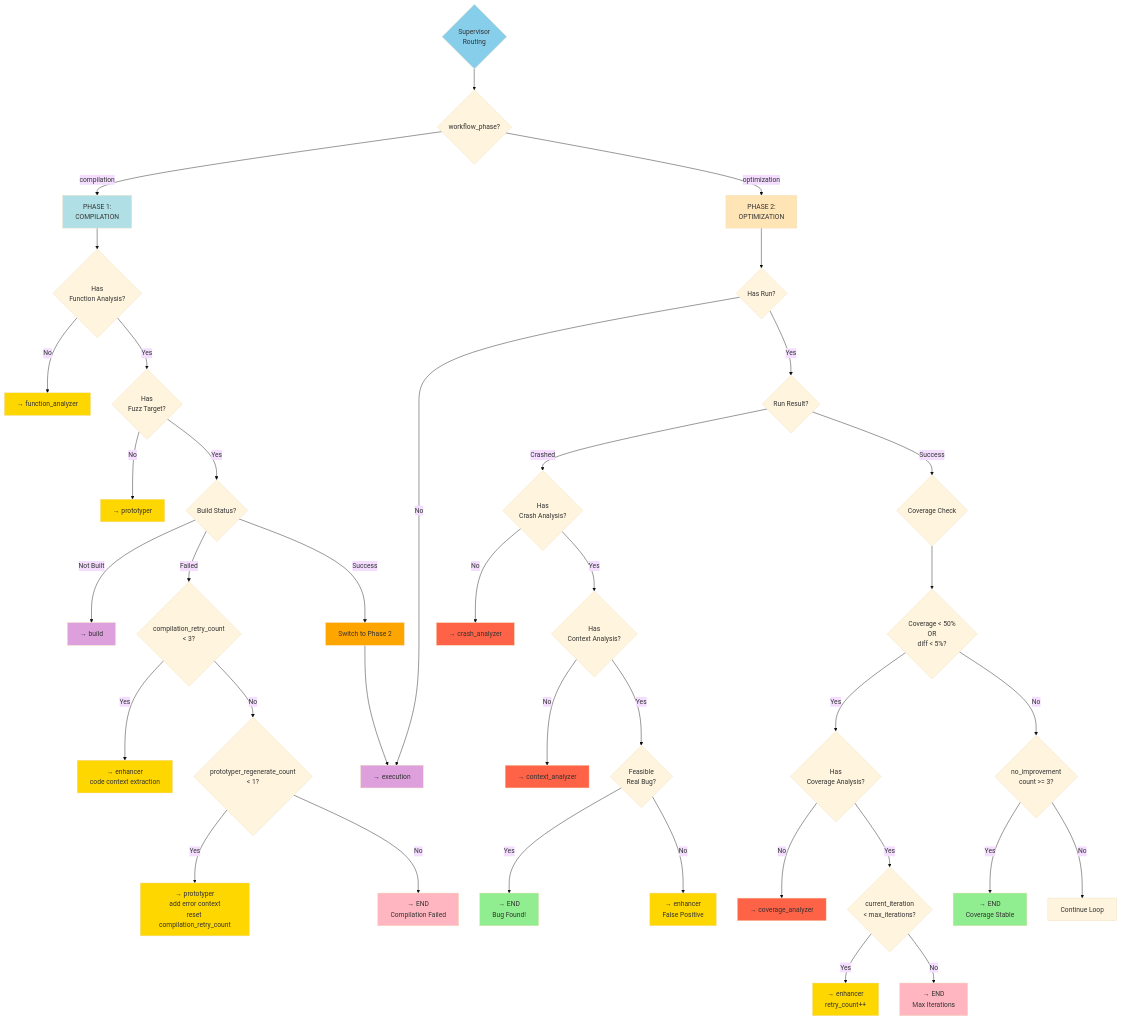
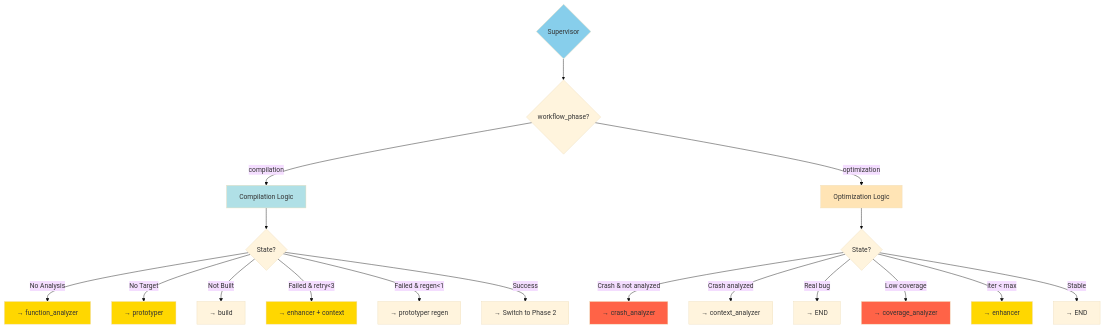
Before and after one commit to google/oss-fuzz-gen: the third of 4 diagrams in agent_graph/README.md, drawn with Mermaid (base theme). The commit also changed other lines of this file and 1 other file, not shown here.

First line of the commit message:
Refactor README and agent architecture documentation

````diff
--- a/agent_graph/README.md
+++ b/agent_graph/README.md
@@ -170,75 +350,33 @@
 ```mermaid
 flowchart TD
-    Start{Supervisor<br/>Routing} --> CheckPhase{workflow_phase?}
+    Start{Supervisor} --> CheckPhase{workflow_phase?}
     
-    CheckPhase -->|"compilation"| Phase1[PHASE 1:<br/>COMPILATION]
-    CheckPhase -->|"optimization"| Phase2[PHASE 2:<br/>OPTIMIZATION]
+    CheckPhase -->|compilation| Phase1[Compilation Logic]
+    CheckPhase -->|optimization| Phase2[Optimization Logic]
     
-    Phase1 --> P1_HasAnalysis{Has<br/>Function Analysis?}
-    P1_HasAnalysis -->|No| P1_Analyzer[→ function_analyzer]
-    P1_HasAnalysis -->|Yes| P1_HasTarget{Has<br/>Fuzz Target?}
+    Phase1 --> P1_Check{State?}
+    P1_Check -->|No Analysis| P1_Analyzer[→ function_analyzer]
+    P1_Check -->|No Target| P1_Proto[→ prototyper]
+    P1_Check -->|Not Built| P1_Build[→ build]
+    P1_Check -->|Failed & retry<3| P1_Enhancer[→ enhancer + context]
+    P1_Check -->|Failed & regen<1| P1_Regen[→ prototyper regen]
+    P1_Check -->|Success| P1_Switch[→ Switch to Phase 2]
     
-    P1_HasTarget -->|No| P1_Proto[→ prototyper]
-    P1_HasTarget -->|Yes| P1_Built{Build Status?}
-    
-    P1_Built -->|Not Built| P1_Build[→ build]
-    P1_Built -->|Failed| P1_Retry{compilation_retry_count<br/>< 3?}
-    P1_Built -->|Success| P1_Switch[Switch to Phase 2]
-    
-    P1_Retry -->|Yes| P1_Enhancer[→ enhancer<br/>code context extraction]
-    P1_Retry -->|No| P1_Regen{prototyper_regenerate_count<br/>< 1?}
-    
-    P1_Regen -->|Yes| P1_ProtoRegen[→ prototyper<br/>add error context<br/>reset compilation_retry_count]
-    P1_Regen -->|No| P1_End[→ END<br/>Compilation Failed]
-    
-    P1_Switch --> P2_Exec
-    
-    Phase2 --> P2_HasRun{Has Run?}
-    P2_HasRun -->|No| P2_Exec[→ execution]
-    P2_HasRun -->|Yes| P2_Result{Run Result?}
-    
-    P2_Result -->|Crashed| P2_CrashCheck{Has<br/>Crash Analysis?}
-    P2_Result -->|Success| P2_Coverage{Coverage Check}
-    
-    P2_CrashCheck -->|No| P2_CrashAna[→ crash_analyzer]
-    P2_CrashCheck -->|Yes| P2_ContextCheck{Has<br/>Context Analysis?}
-    
-    P2_ContextCheck -->|No| P2_ContextAna[→ context_analyzer]
-    P2_ContextCheck -->|Yes| P2_Feasible{Feasible<br/>Real Bug?}
-    
-    P2_Feasible -->|Yes| P2_EndBug[→ END<br/>Bug Found!]
-    P2_Feasible -->|No| P2_EnhancerFP[→ enhancer<br/>False Positive]
-    
-    P2_Coverage --> P2_CovLow{Coverage < 50%<br/>OR<br/>diff < 5%?}
-    P2_CovLow -->|Yes| P2_CovCheck{Has<br/>Coverage Analysis?}
-    P2_CovLow -->|No| P2_Stagnant{no_improvement<br/>count >= 3?}
-    
-    P2_CovCheck -->|No| P2_CovAna[→ coverage_analyzer]
-    P2_CovCheck -->|Yes| P2_Iter{current_iteration<br/>< max_iterations?}
-    
-    P2_Iter -->|Yes| P2_EnhancerCov[→ enhancer<br/>retry_count++]
-    P2_Iter -->|No| P2_EndMaxIter[→ END<br/>Max Iterations]
-    
-    P2_Stagnant -->|Yes| P2_EndStable[→ END<br/>Coverage Stable]
-    P2_Stagnant -->|No| P2_Continue[Continue Loop]
+    Phase2 --> P2_Check{State?}
+    P2_Check -->|Crash & not analyzed| P2_Crash[→ crash_analyzer]
+    P2_Check -->|Crash analyzed| P2_Context[→ context_analyzer]
+    P2_Check -->|Real bug| P2_End[→ END]
+    P2_Check -->|Low coverage| P2_CovAnalyzer[→ coverage_analyzer]
+    P2_Check -->|iter < max| P2_Enhancer[→ enhancer]
+    P2_Check -->|Stable| P2_EndStable[→ END]
     
     style Start fill:#87CEEB
     style Phase1 fill:#B0E0E6
     style Phase2 fill:#FFE4B5
     style P1_Analyzer fill:#FFD700
     style P1_Proto fill:#FFD700
-    style P1_ProtoRegen fill:#FFD700
     style P1_Enhancer fill:#FFD700
-    style P1_Build fill:#DDA0DD
-    style P1_Switch fill:#FFA500
-    style P2_Exec fill:#DDA0DD
-    style P2_CrashAna fill:#FF6347
-    style P2_ContextAna fill:#FF6347
-    style P2_CovAna fill:#FF6347
-    style P2_EnhancerFP fill:#FFD700
-    style P2_EnhancerCov fill:#FFD700
-    style P1_End fill:#FFB6C1
-    style P2_EndBug fill:#90EE90
-    style P2_EndMaxIter fill:#FFB6C1
-    style P2_EndStable fill:#90EE90
+    style P2_Crash fill:#FF6347
+    style P2_CovAnalyzer fill:#FF6347
+    style P2_Enhancer fill:#FFD700
 ```
````
